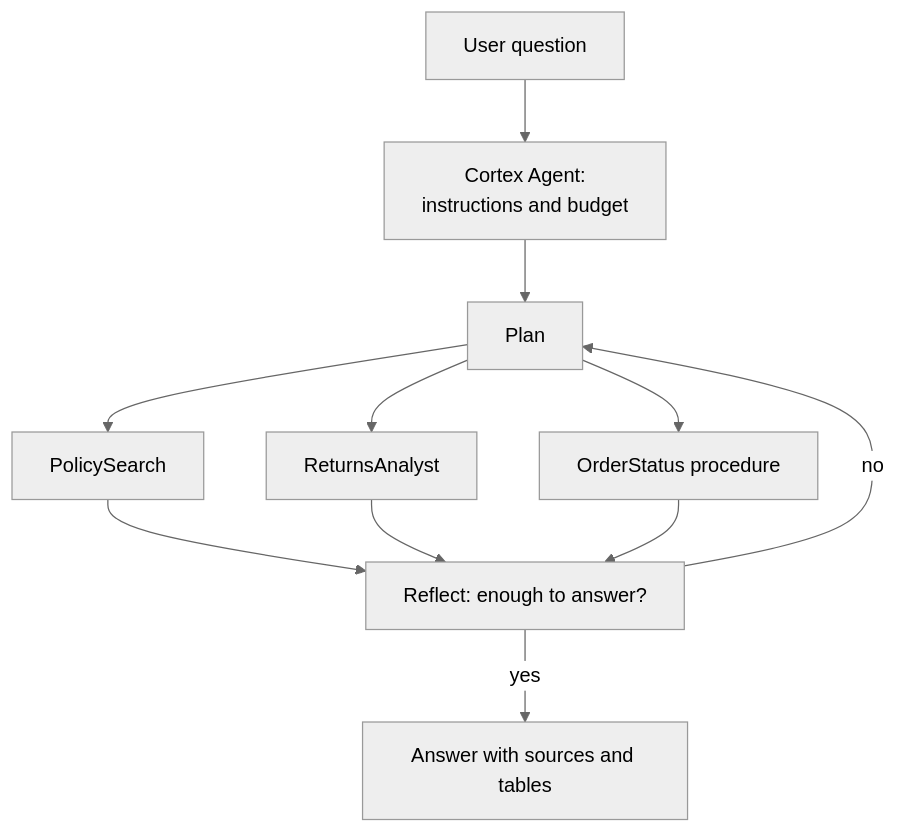
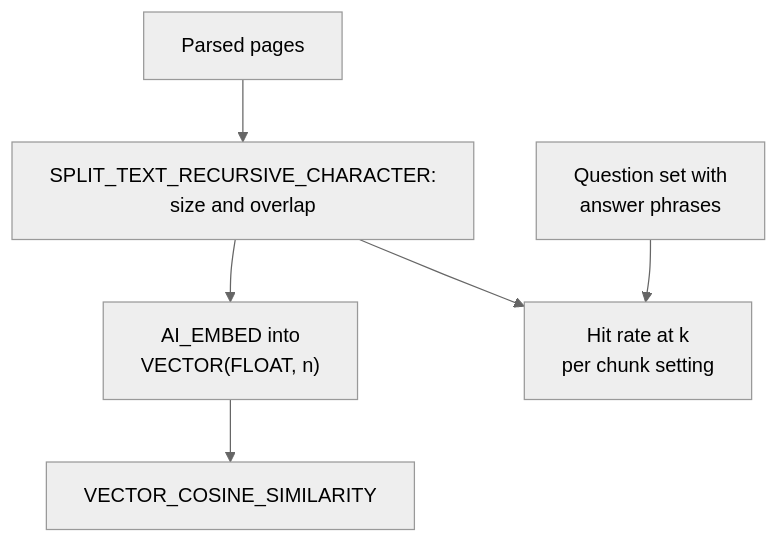
The diagram in data/diagrams/a3312.mmd (Abhi4972/AI-From-Zero-to-Hero), drawn with Mermaid (neutral theme) before and after one commit. The commit also changed 74 other files, not shown here.

```diff
--- a/data/diagrams/a3312.mmd
+++ b/data/diagrams/a3312.mmd
@@ -1,12 +1,7 @@
-%% after: The agent object
+%% after: Vectors in SQL
 flowchart TD
-  U["User question"] --> AG["Cortex Agent:<br/>instructions and budget"]
-  AG --> PL["Plan"]
-  PL --> PS["PolicySearch"]
-  PL --> RA["ReturnsAnalyst"]
-  PL --> OS["OrderStatus procedure"]
-  PS --> RF["Reflect: enough to answer?"]
-  RA --> RF
-  OS --> RF
-  RF -->|"no"| PL
-  RF -->|"yes"| ANS["Answer with sources and tables"]
+  PG["Parsed pages"] --> SP["SPLIT_TEXT_RECURSIVE_CHARACTER:<br/>size and overlap"]
+  SP --> EM["AI_EMBED into<br/>VECTOR(FLOAT, n)"]
+  EM --> SIM["VECTOR_COSINE_SIMILARITY"]
+  GS["Question set with<br/>answer phrases"] --> HR["Hit rate at k<br/>per chunk setting"]
+  SP --> HR
```
